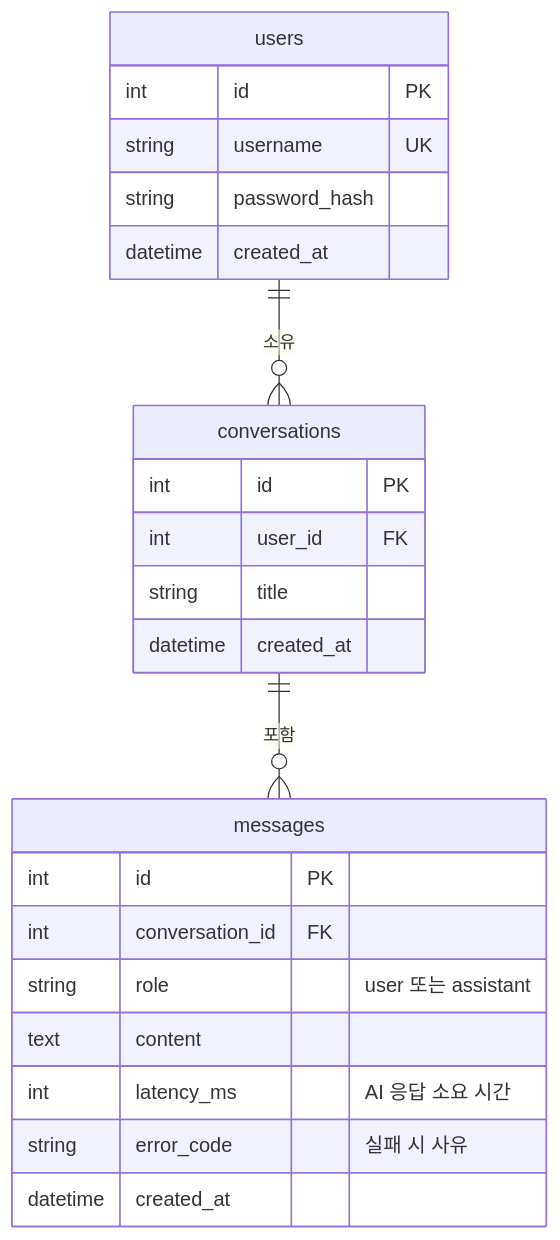
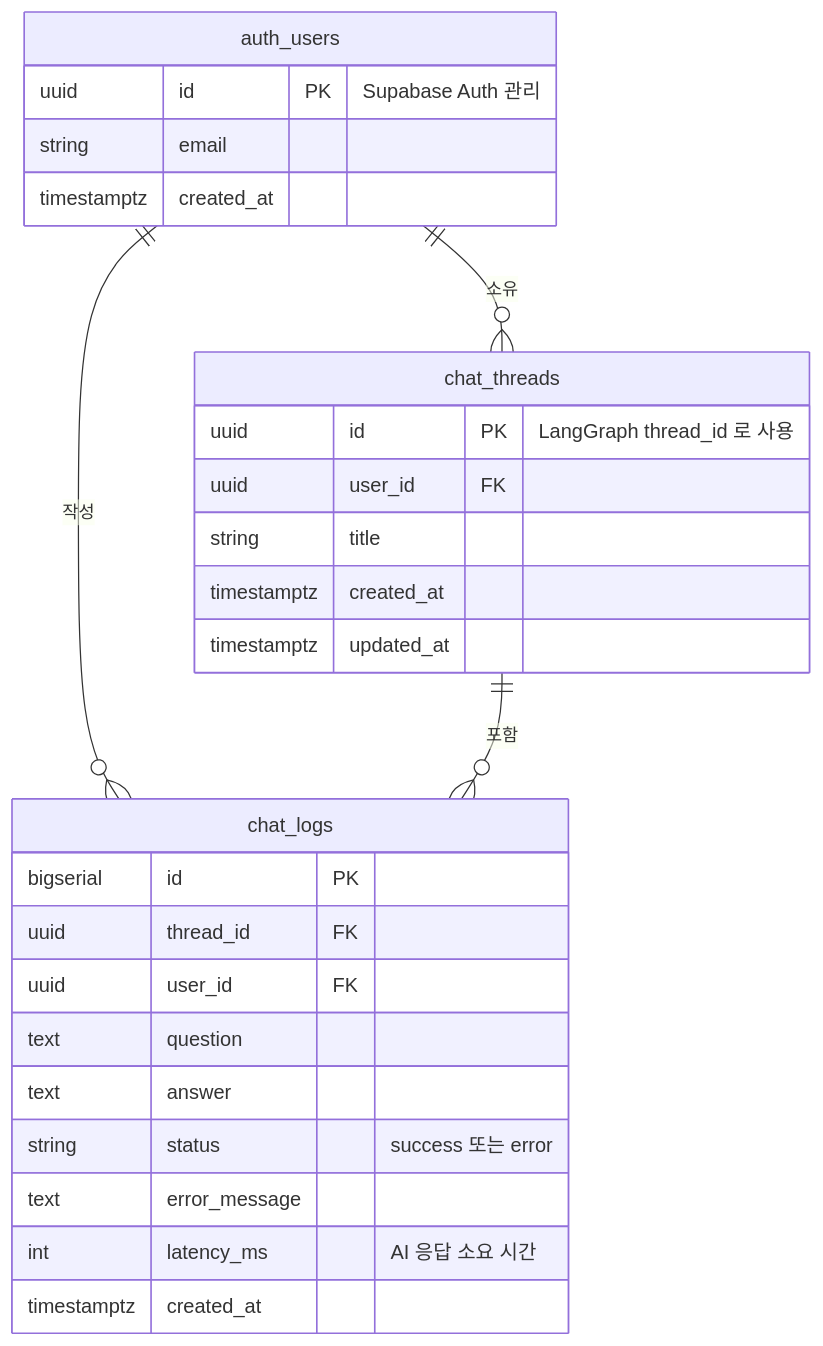
One commit to codyssey-ai/chatbot-api changed the fourth of 4 diagrams in docs/architecture.md. Above: the diagram before and after it, drawn with Mermaid. The commit also changed other lines of this file and 7 other files, not shown here.

First line of the commit message:
docs: 인증을 Supabase Auth 로 확정하고 문서 정합성 정리

````diff
--- a/docs/architecture.md
+++ b/docs/architecture.md
@@ -104,27 +124,30 @@
 ```mermaid
 erDiagram
-    users ||--o{ conversations : "소유"
-    conversations ||--o{ messages : "포함"
+    auth_users ||--o{ chat_threads : "소유"
+    auth_users ||--o{ chat_logs : "작성"
+    chat_threads ||--o{ chat_logs : "포함"
 
-    users {
-        int id PK
-        string username UK
-        string password_hash
-        datetime created_at
+    auth_users {
+        uuid id PK "Supabase Auth 관리"
+        string email
+        timestamptz created_at
     }
-    conversations {
-        int id PK
-        int user_id FK
+    chat_threads {
+        uuid id PK "LangGraph thread_id 로 사용"
+        uuid user_id FK
         string title
-        datetime created_at
+        timestamptz created_at
+        timestamptz updated_at
     }
-    messages {
-        int id PK
-        int conversation_id FK
-        string role "user 또는 assistant"
-        text content
+    chat_logs {
+        bigserial id PK
+        uuid thread_id FK
+        uuid user_id FK
+        text question
+        text answer
+        string status "success 또는 error"
+        text error_message
         int latency_ms "AI 응답 소요 시간"
-        string error_code "실패 시 사유"
-        datetime created_at
+        timestamptz created_at
     }
 ```
````
